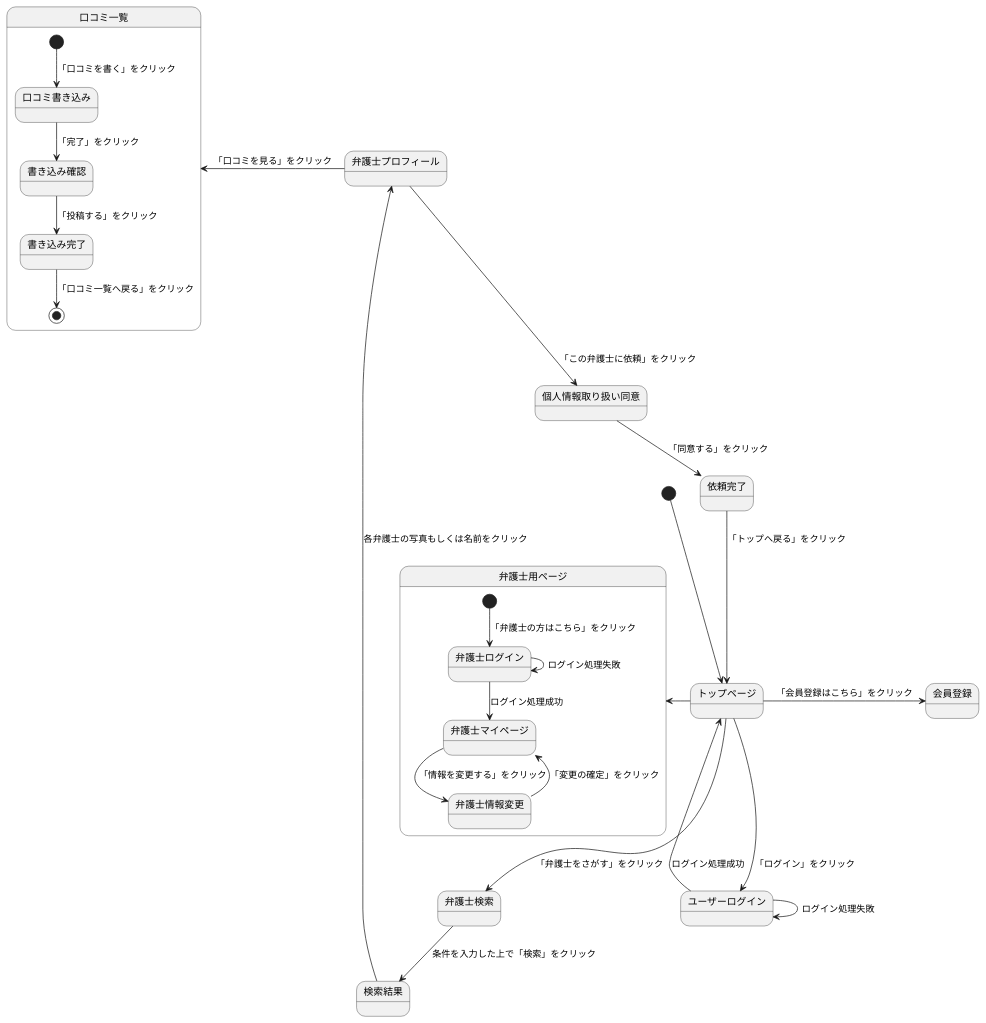
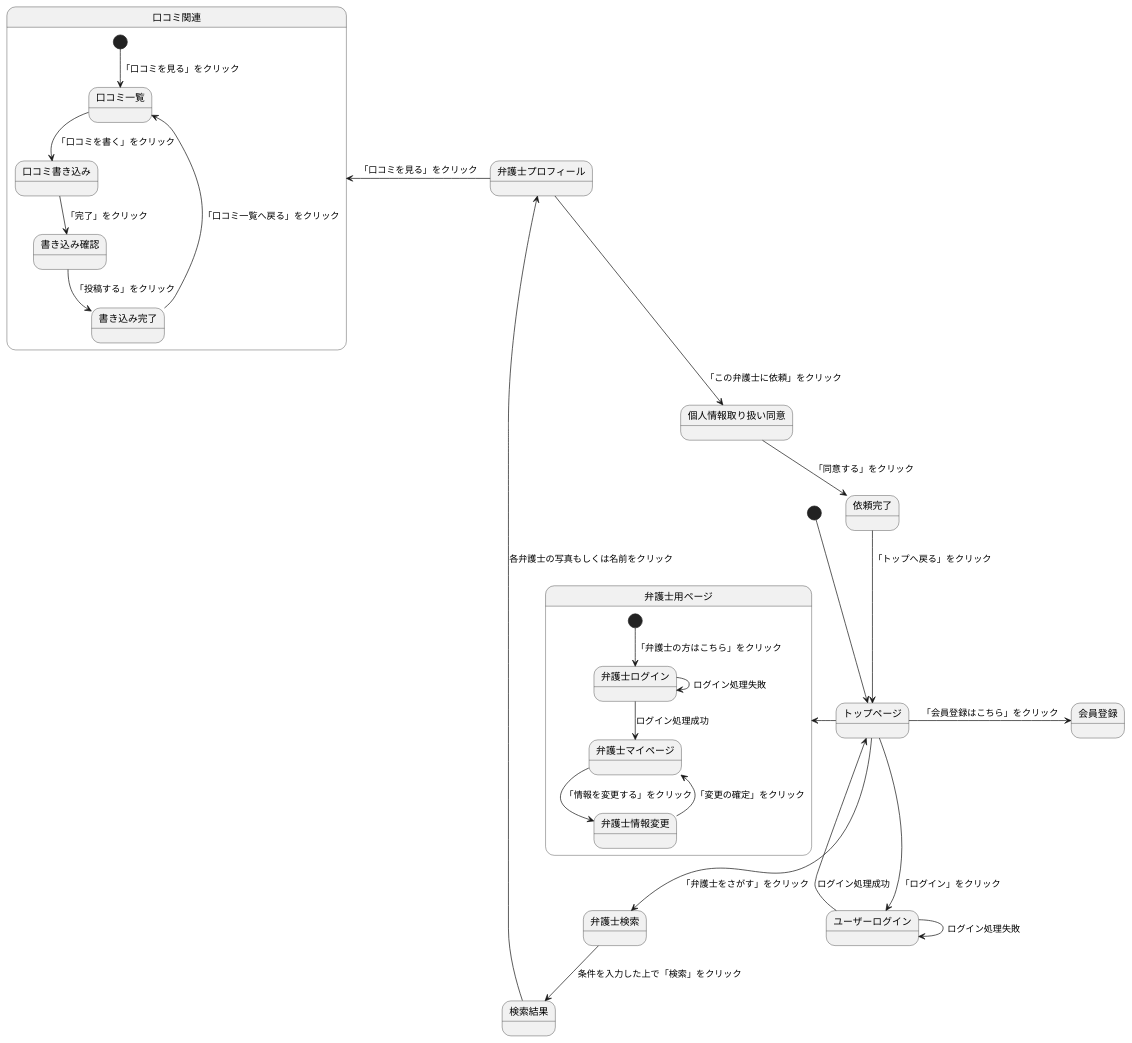
Before and after one commit to Aso2001374/2021sys-design: the diagram in 0524kadai.md, drawn with PlantUML.

````diff
--- a/0524kadai.md
+++ b/0524kadai.md
@@ -1,35 +1,36 @@
 ```uml
 @startuml
 [*] --> トップページ
 トップページ -> 会員登録:「会員登録はこちら」をクリック
 トップページ --> ユーザーログイン:「ログイン」をクリック
 ユーザーログイン--> トップページ: ログイン処理成功
 ユーザーログイン--> ユーザーログイン: ログイン処理失敗
 
 トップページ -left-> 弁護士用ページ
 state 弁護士用ページ{
 [*] --> 弁護士ログイン:「弁護士の方はこちら」をクリック
 弁護士ログイン--> 弁護士ログイン: ログイン処理失敗
 弁護士ログイン--> 弁護士マイページ: ログイン処理成功
 弁護士マイページ--> 弁護士情報変更: 「情報を変更する」をクリック
 弁護士情報変更--> 弁護士マイページ: 「変更の確定」をクリック
 }
 
 
 トップページ --> 弁護士検索:「弁護士をさがす」をクリック
 弁護士検索 --> 検索結果: 条件を入力した上で「検索」をクリック
 検索結果 -down-> 弁護士プロフィール: 各弁護士の写真もしくは名前をクリック
-弁護士プロフィール -left-> 口コミ一覧:「口コミを見る」をクリック
+弁護士プロフィール -left-> 口コミ関連:「口コミを見る」をクリック
 弁護士プロフィール --> 個人情報取り扱い同意:「この弁護士に依頼」をクリック
 個人情報取り扱い同意-->依頼完了:「同意する」をクリック
 依頼完了-->トップページ:「トップへ戻る」をクリック
 
-state 口コミ一覧{
-[*] --> 口コミ書き込み:「口コミを書く」をクリック
+state 口コミ関連{
+[*] --> 口コミ一覧 : 「口コミを見る」をクリック
+口コミ一覧 --> 口コミ書き込み:「口コミを書く」をクリック
 口コミ書き込み --> 書き込み確認:「完了」をクリック
 書き込み確認 --> 書き込み完了:「投稿する」をクリック
-書き込み完了 --> [*]:「口コミ一覧へ戻る」をクリック
+書き込み完了 --> 口コミ一覧:「口コミ一覧へ戻る」をクリック
 }
 
 @enduml
 ```
````
